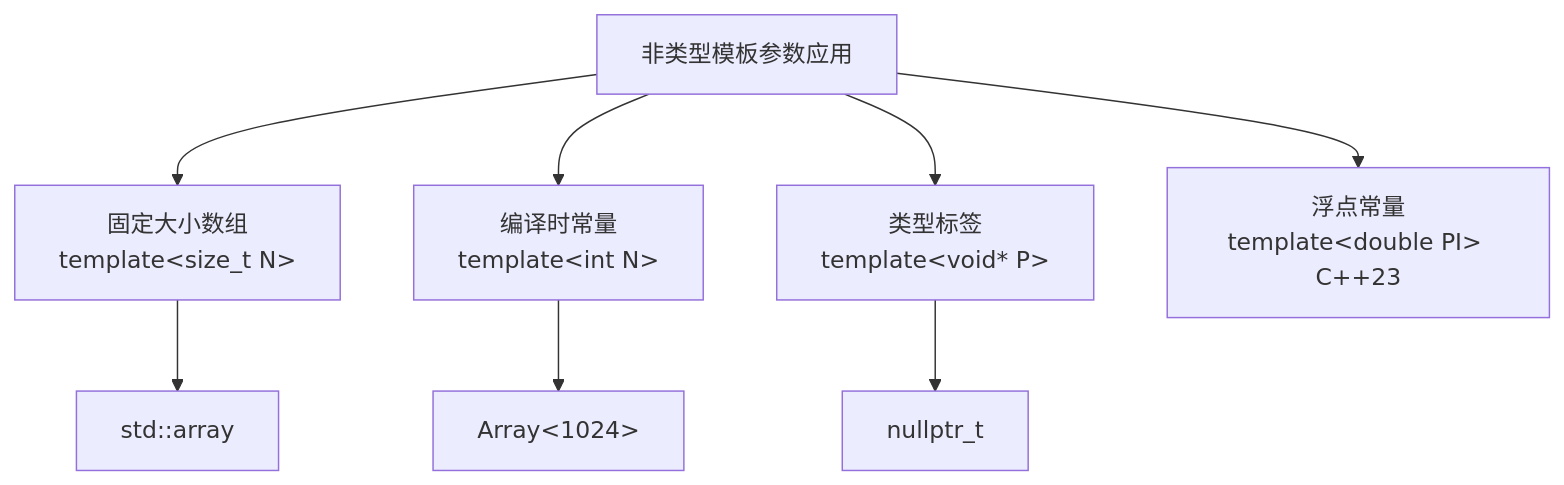
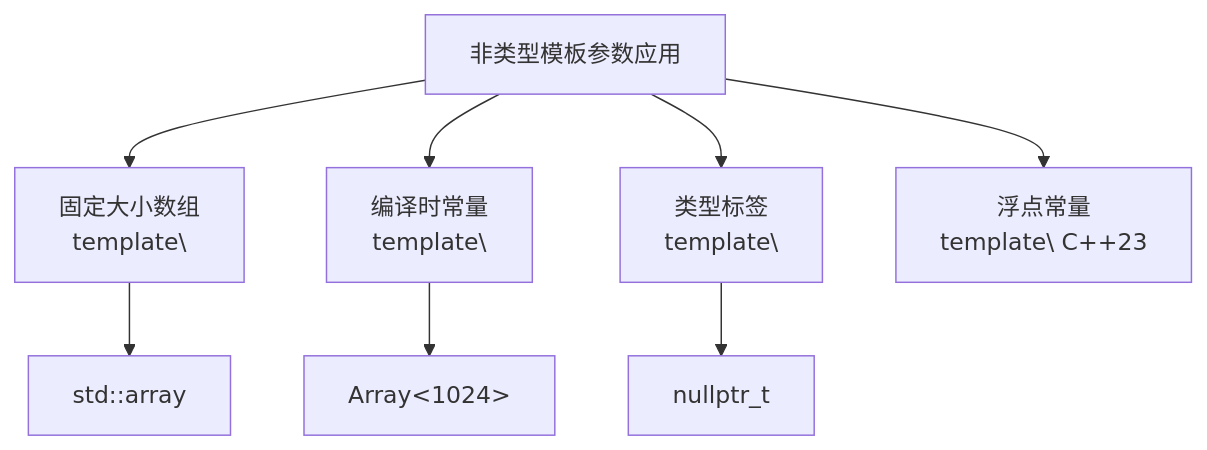
The third of 5 diagrams in content/Cpp/basic/Chapter-16-Function-Templates.md (before80/prgms), drawn with Mermaid before and after one commit. The commit also changed other lines of this file and 34 other files, not shown here.

````diff
--- a/content/Cpp/basic/Chapter-16-Function-Templates.md
+++ b/content/Cpp/basic/Chapter-16-Function-Templates.md
@@ -547,11 +547,11 @@
 ```mermaid
 graph TD
-    A[非类型模板参数应用] --> B[固定大小数组<br/>template&lt;size_t N&gt;]
-    A --> C[编译时常量<br/>template&lt;int N&gt;]
-    A --> D[类型标签<br/>template&lt;void* P&gt;]
-    A --> E[浮点常量<br/>template&lt;double PI&gt; C++23]
+    A[非类型模板参数应用] --> B[固定大小数组<br/>template\<size_t N\>]
+    A --> C[编译时常量<br/>template\<int N\>]
+    A --> D[类型标签<br/>template\<void* P\>]
+    A --> E[浮点常量<br/>template\<double PI\> C++23]
     
     B --> B1["std::array<int, 100>"]
     C --> C1["Array<1024>"]
     D --> D1[" nullptr_t"]
 ```
````
